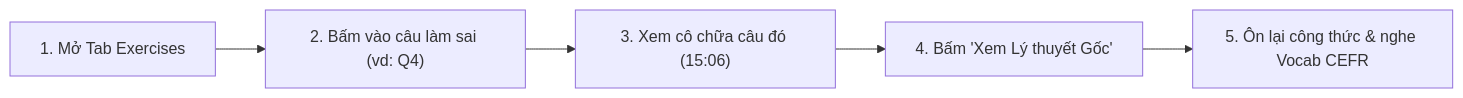
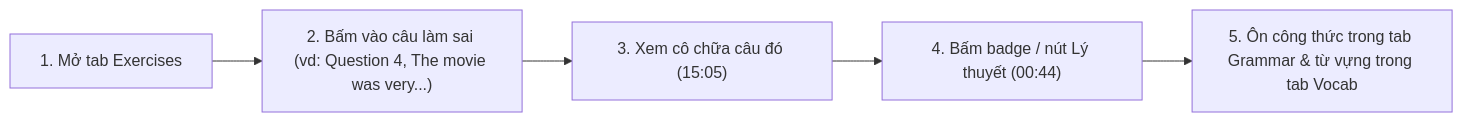
Before and after one commit to CelesEclipse/NLP501_edusync_mvp: the diagram in docs/06_user_guide_and_demo.md, drawn with Mermaid. The commit also changed other lines of this file and 30 other files, not shown here.

````diff
--- a/docs/06_user_guide_and_demo.md
+++ b/docs/06_user_guide_and_demo.md
@@ -36,7 +43,7 @@
 ```mermaid
 flowchart LR
-    Step1["1. Mở Tab Exercises"] --> Step2["2. Bấm vào câu làm sai (vd: Q4)"]
-    Step2 --> Step3["3. Xem cô chữa câu đó (15:06)"]
-    Step3 --> Step4["4. Bấm 'Xem Lý thuyết Gốc'"]
-    Step4 --> Step5["5. Ôn lại công thức & nghe Vocab CEFR"]
+    Step1["1. Mở tab Exercises"] --> Step2["2. Bấm vào câu làm sai (vd: Question 4, The movie was very...)"]
+    Step2 --> Step3["3. Xem cô chữa câu đó (15:05)"]
+    Step3 --> Step4["4. Bấm badge / nút Lý thuyết (00:44)"]
+    Step4 --> Step5["5. Ôn công thức trong tab Grammar & từ vựng trong tab Vocab"]
 ```
````
